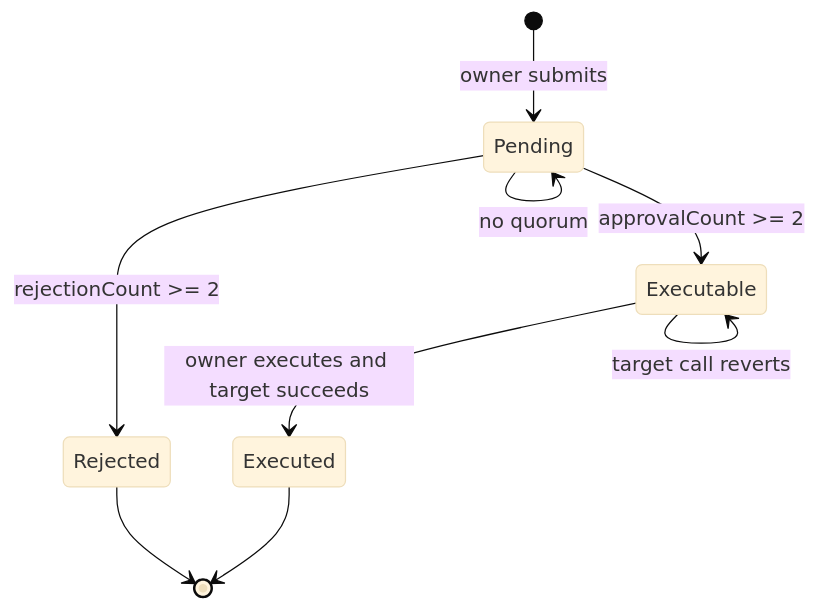
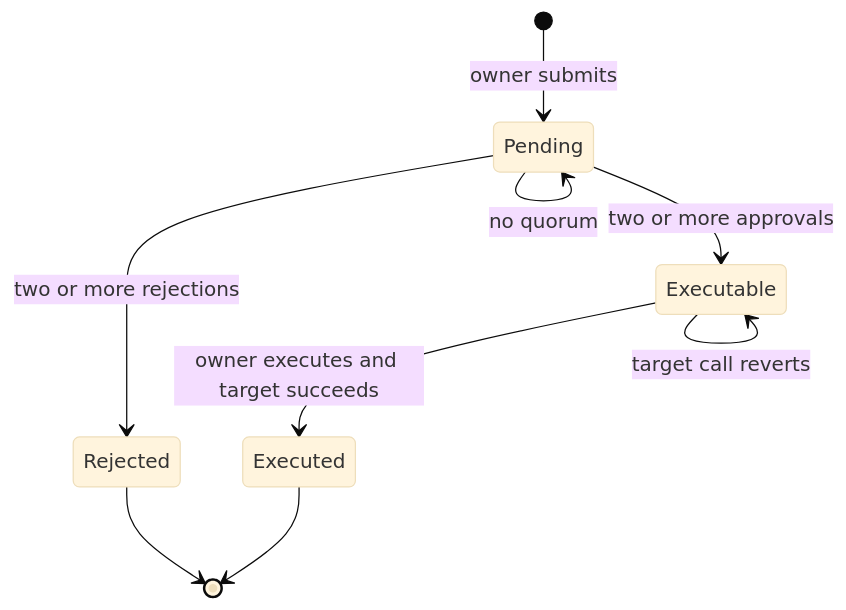
Before and after one commit to karagozemin/HYDRA: the third of 3 diagrams in ARCHITECTURE.md, drawn with Mermaid (base theme). The commit also changed other lines of this file, not shown here.

Commit message:
docs: update ARCHITECTURE.md to clarify transaction submission process and analysis steps

````diff
--- a/ARCHITECTURE.md
+++ b/ARCHITECTURE.md
@@ -178,11 +169,11 @@
 ```mermaid
 stateDiagram-v2
     [*] --> Pending: owner submits
     Pending --> Pending: no quorum
-    Pending --> Executable: approvalCount >= 2
-    Pending --> Rejected: rejectionCount >= 2
+    Pending --> Executable: two or more approvals
+    Pending --> Rejected: two or more rejections
     Executable --> Executed: owner executes and target succeeds
     Executable --> Executable: target call reverts
     Rejected --> [*]
     Executed --> [*]
 ```
````
